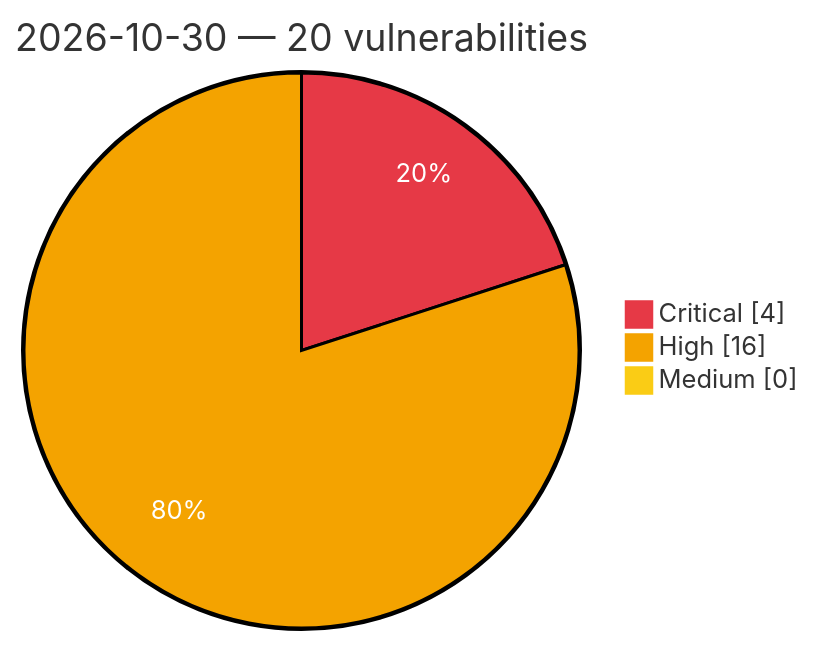
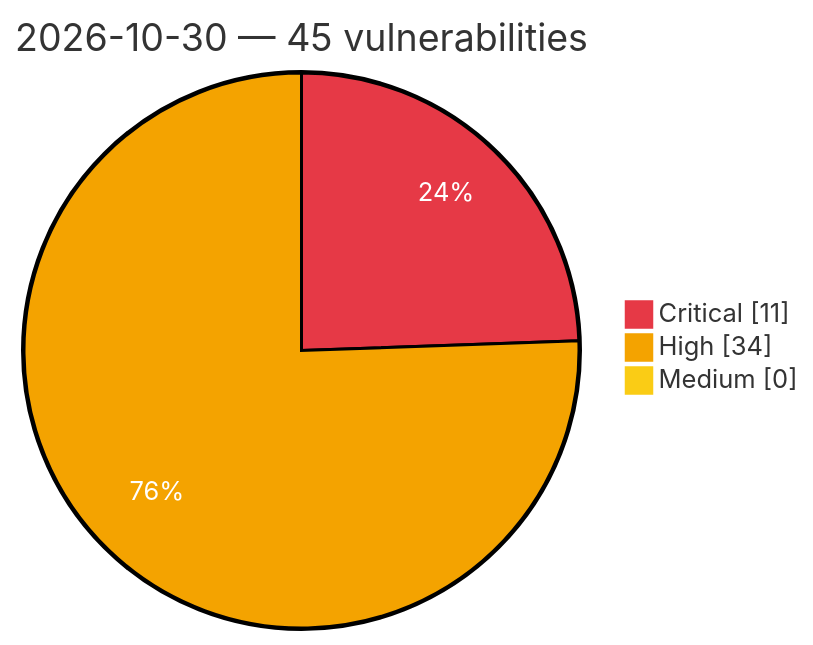
The diagram in vulnerabilities/2026/October/2026-10-30.md (GhostX0X/vuln-tracker), drawn with Mermaid before and after one commit. The commit also changed other lines of this file and 5 other files, not shown here.

Commit message:
Auto update: critical/high vulns (2026-10-30 19:24 UTC)

````diff
--- a/vulnerabilities/2026/October/2026-10-30.md
+++ b/vulnerabilities/2026/October/2026-10-30.md
@@ -3,8 +3,8 @@
 ```mermaid
 %%{init: {'theme':'base', 'themeVariables': {'pie1':'#e63946', 'pie2':'#f4a300', 'pie3':'#facc15', 'pieOpacity':'1', 'pieOuterStrokeWidth':'2px', 'pieSectionTextColor':'#ffffff'}}}%%
 pie showData
-    title 2026-10-30 — 20 vulnerabilities
-    "Critical" : 4
-    "High" : 16
+    title 2026-10-30 — 45 vulnerabilities
+    "Critical" : 11
+    "High" : 34
     "Medium" : 0
 ```
````
